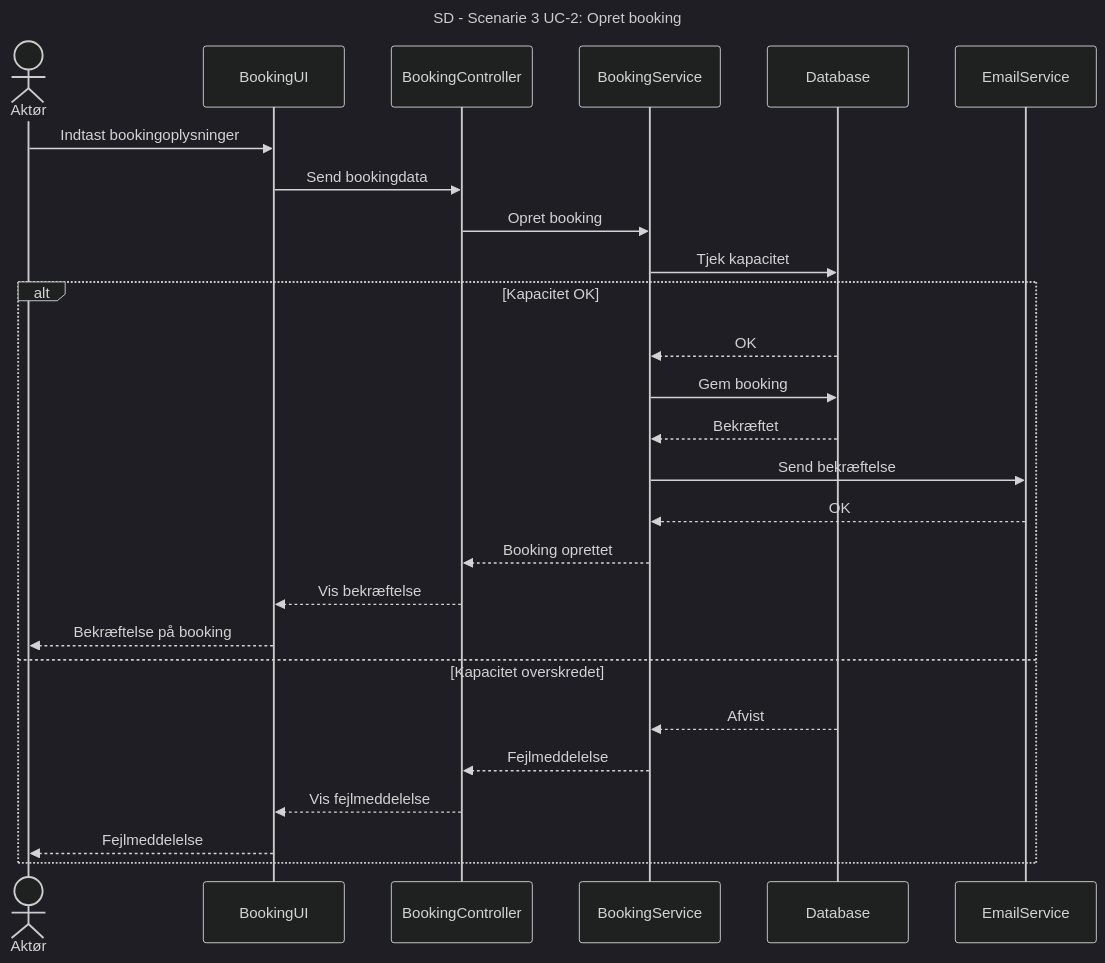
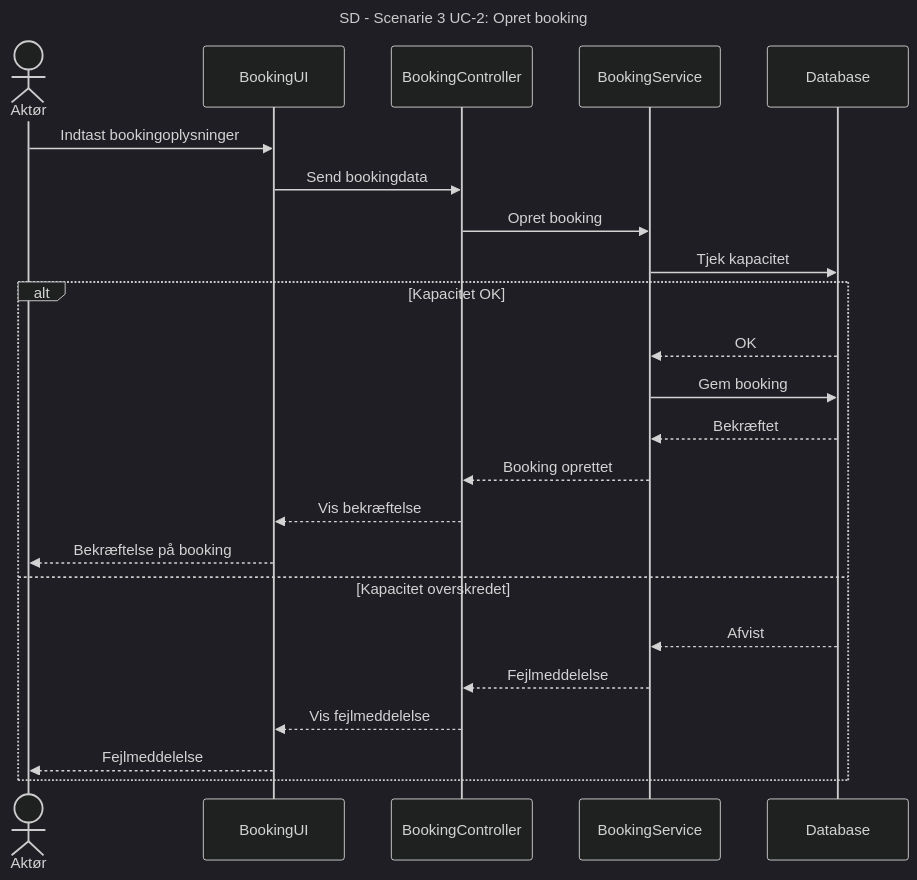
One commit to DMOoF25/TheMovie changed the diagram in docs/Scenarie 3 UC2/SD S3 UC2.mmd. Above: the diagram before and after it, drawn with Mermaid (dark theme). The commit also changed other lines of this file, not shown here.

Commit message:
Update SD S3 UC2.mmd

```diff
--- a/docs/Scenarie 3 UC2/SD S3 UC2.mmd
+++ b/docs/Scenarie 3 UC2/SD S3 UC2.mmd
@@ -1,29 +1,26 @@
 
    sequenceDiagram
    title SD - Scenarie 3 UC-2: Opret booking
-    actor Aktør
+   actor Aktør
     participant BookingUI
     participant BookingController
     participant BookingService
     participant Database
-    participant EmailService
 
     Aktør->>BookingUI: Indtast bookingoplysninger
     BookingUI->>BookingController: Send bookingdata
     BookingController->>BookingService: Opret booking
     BookingService->>Database: Tjek kapacitet
     alt Kapacitet OK
         Database-->>BookingService: OK
         BookingService->>Database: Gem booking
         Database-->>BookingService: Bekræftet
-        BookingService->>EmailService: Send bekræftelse
-        EmailService-->>BookingService: OK
         BookingService-->>BookingController: Booking oprettet
         BookingController-->>BookingUI: Vis bekræftelse
         BookingUI-->>Aktør: Bekræftelse på booking
     else Kapacitet overskredet
         Database-->>BookingService: Afvist
         BookingService-->>BookingController: Fejlmeddelelse
         BookingController-->>BookingUI: Vis fejlmeddelelse
         BookingUI-->>Aktør: Fejlmeddelelse
     end
```
